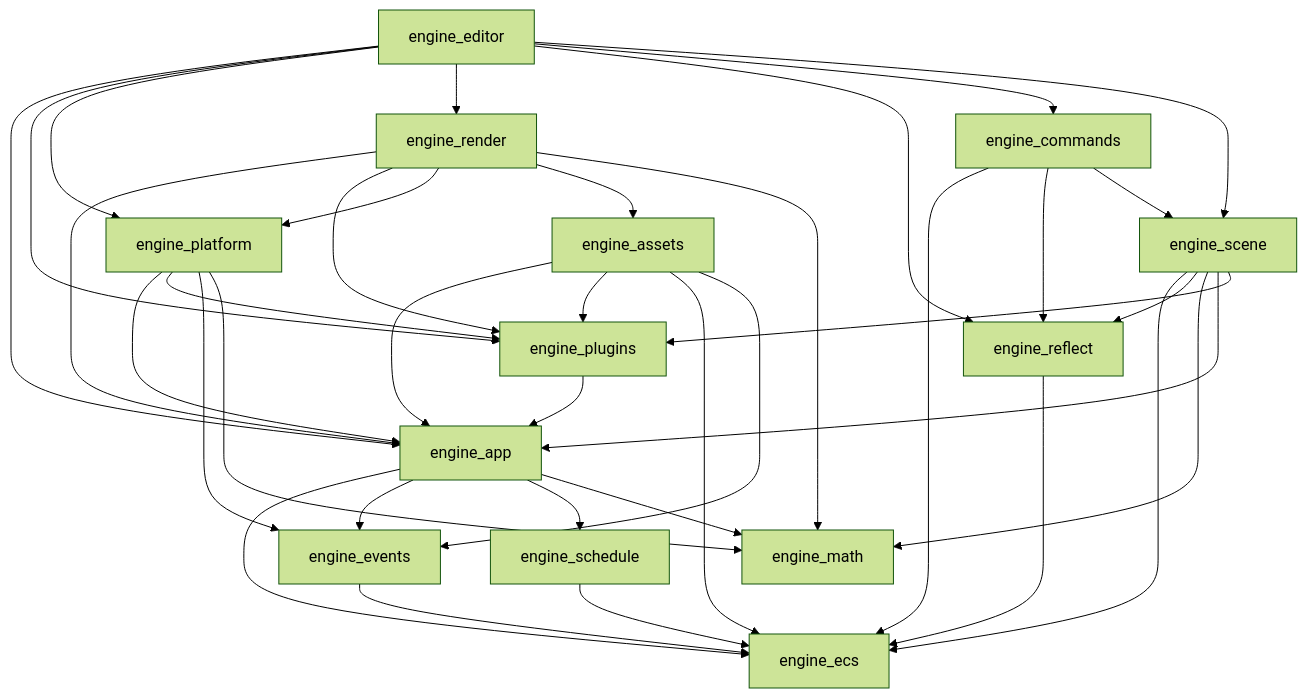
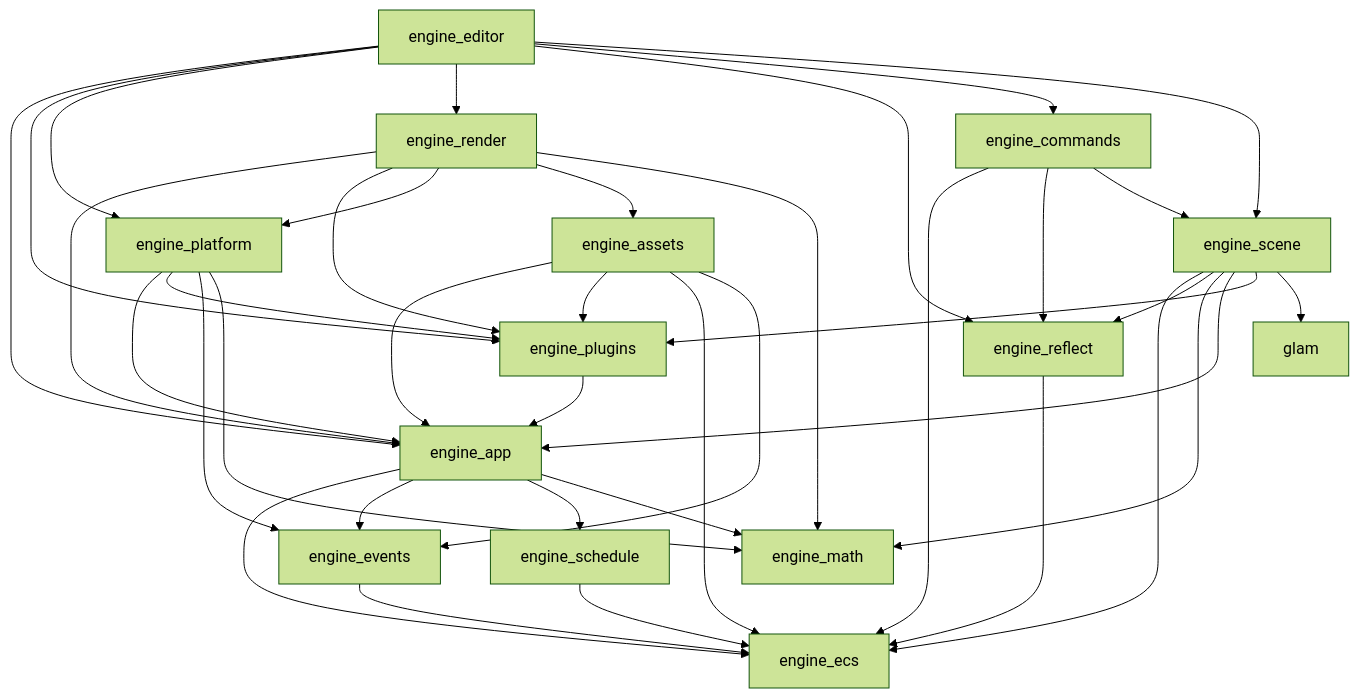
The diagram in ARCHITECTURE.md (ibrahimMohamed124/ribbon_engine), drawn with Mermaid (forest theme) before and after one commit. The commit also changed other lines of this file and 4 other files, not shown here.

````diff
--- a/ARCHITECTURE.md
+++ b/ARCHITECTURE.md
@@ -28,16 +28,16 @@
 ```mermaid
 graph TD
   math[engine_math]
   ecs[engine_ecs]
   events[engine_events] --> ecs
   schedule[engine_schedule] --> ecs
   reflect[engine_reflect] --> ecs
   app[engine_app] --> ecs & events & schedule & math
   plugins[engine_plugins] --> app
   platform[engine_platform] --> app & plugins & events & math
   assets[engine_assets] --> app & plugins & ecs & events
-  scene[engine_scene] --> ecs & reflect & math & app & plugins
+  scene[engine_scene] --> ecs & reflect & math & app & plugins & glam
   render[engine_render] --> app & plugins & platform & assets & math
   commands[engine_commands] --> ecs & reflect & scene
   editor[engine_editor] --> app & plugins & platform & render & reflect & commands & scene
 ```
````
